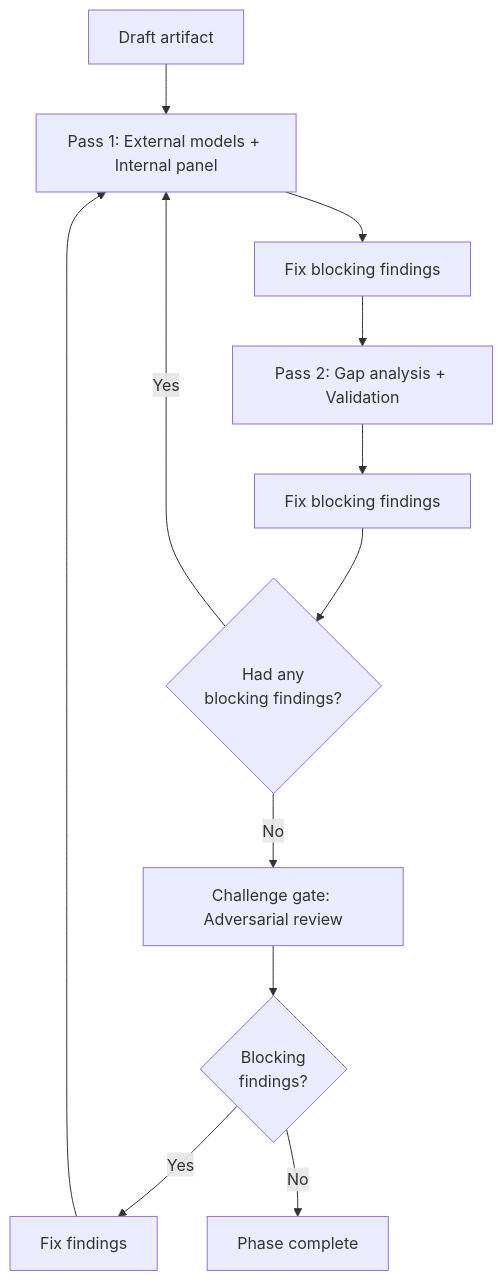
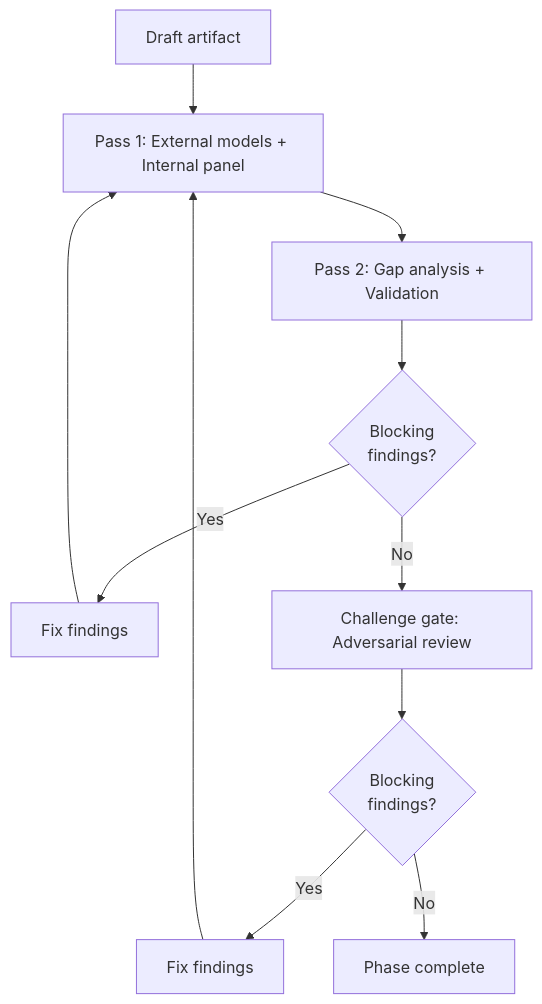
The second of 2 diagrams in README.md (tonfield/claude-phasebook), drawn with Mermaid before and after one commit.

Commit message:
docs: move fix after blocking check, not before
Fix cycle triggers only when blocking findings are found, not
unconditionally after each pass.

````diff
--- a/README.md
+++ b/README.md
@@ -117,13 +117,11 @@
 ```mermaid
 flowchart TD
     A[Draft artifact] --> B[Pass 1: External models + Internal panel]
-    B --> C[Fix blocking findings]
-    C --> D[Pass 2: Gap analysis + Validation]
-    D --> E[Fix blocking findings]
-    E --> F{Had any\nblocking findings?}
-    F -->|Yes| B
-    F -->|No| G[Challenge gate: Adversarial review]
-    G --> H{Blocking\nfindings?}
-    H -->|Yes| I[Fix findings] --> B
-    H -->|No| J[Phase complete]
+    B --> C[Pass 2: Gap analysis + Validation]
+    C --> D{Blocking\nfindings?}
+    D -->|Yes| E[Fix findings] --> B
+    D -->|No| F[Challenge gate: Adversarial review]
+    F --> G{Blocking\nfindings?}
+    G -->|Yes| H[Fix findings] --> B
+    G -->|No| I[Phase complete]
 ```
````
